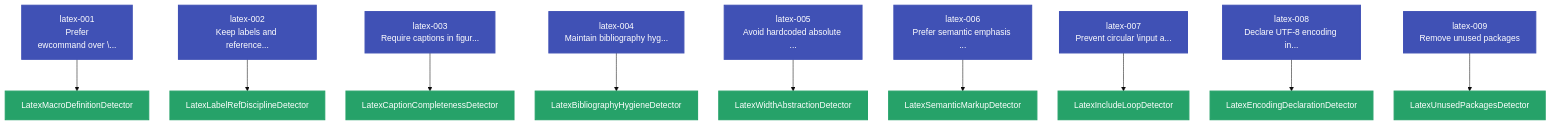
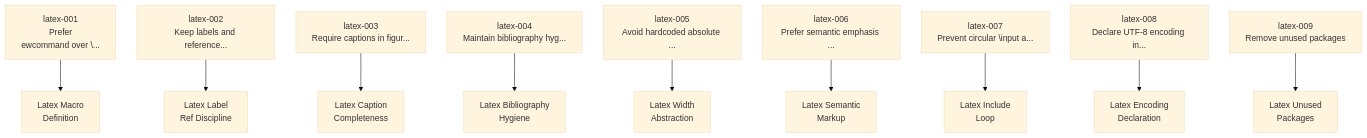
Before and after one commit to Anselmoo/mcp-zen-of-languages: the first of 4 diagrams in docs/user-guide/languages/latex.md, drawn with Mermaid. The commit also changed other lines of this file and 18 other files, not shown here.

````diff
--- a/docs/user-guide/languages/latex.md
+++ b/docs/user-guide/languages/latex.md
@@ -170,51 +170,31 @@
     ```mermaid
-%%{init: {"theme": "base", "flowchart": {"useMaxWidth": false, "htmlLabels": true, "nodeSpacing": 40, "rankSpacing": 60}}}%%
+    %%{init: {"theme": "base", "flowchart": {"useMaxWidth": false, "htmlLabels": true, "nodeSpacing": 40, "rankSpacing": 60}}}%%
     graph TD
     latex_001["latex-001<br/>Prefer \newcommand over \..."]
     latex_002["latex-002<br/>Keep labels and reference..."]
     latex_003["latex-003<br/>Require captions in figur..."]
     latex_004["latex-004<br/>Maintain bibliography hyg..."]
     latex_005["latex-005<br/>Avoid hardcoded absolute ..."]
     latex_006["latex-006<br/>Prefer semantic emphasis ..."]
     latex_007["latex-007<br/>Prevent circular \input a..."]
     latex_008["latex-008<br/>Declare UTF-8 encoding in..."]
     latex_009["latex-009<br/>Remove unused packages"]
-    det_LatexBibliographyHygieneDetector["LatexBibliographyHygieneDetector"]
+    det_LatexBibliographyHygieneDetector["Latex Bibliography<br/>Hygiene"]
     latex_004 --> det_LatexBibliographyHygieneDetector
-    det_LatexCaptionCompletenessDetector["LatexCaptionCompletenessDetector"]
+    det_LatexCaptionCompletenessDetector["Latex Caption<br/>Completeness"]
     latex_003 --> det_LatexCaptionCompletenessDetector
-    det_LatexEncodingDeclarationDetector["LatexEncodingDeclarationDetector"]
+    det_LatexEncodingDeclarationDetector["Latex Encoding<br/>Declaration"]
     latex_008 --> det_LatexEncodingDeclarationDetector
-    det_LatexIncludeLoopDetector["LatexIncludeLoopDetector"]
+    det_LatexIncludeLoopDetector["Latex Include<br/>Loop"]
     latex_007 --> det_LatexIncludeLoopDetector
-    det_LatexLabelRefDisciplineDetector["LatexLabelRefDisciplineDetector"]
+    det_LatexLabelRefDisciplineDetector["Latex Label<br/>Ref Discipline"]
     latex_002 --> det_LatexLabelRefDisciplineDetector
-    det_LatexMacroDefinitionDetector["LatexMacroDefinitionDetector"]
+    det_LatexMacroDefinitionDetector["Latex Macro<br/>Definition"]
     latex_001 --> det_LatexMacroDefinitionDetector
-    det_LatexSemanticMarkupDetector["LatexSemanticMarkupDetector"]
+    det_LatexSemanticMarkupDetector["Latex Semantic<br/>Markup"]
     latex_006 --> det_LatexSemanticMarkupDetector
-    det_LatexUnusedPackagesDetector["LatexUnusedPackagesDetector"]
+    det_LatexUnusedPackagesDetector["Latex Unused<br/>Packages"]
     latex_009 --> det_LatexUnusedPackagesDetector
-    det_LatexWidthAbstractionDetector["LatexWidthAbstractionDetector"]
+    det_LatexWidthAbstractionDetector["Latex Width<br/>Abstraction"]
     latex_005 --> det_LatexWidthAbstractionDetector
-    classDef principle fill:#4051b5,color:#ffffff,stroke:#4051b5,stroke-width:2px
-    classDef detector fill:#26a269,color:#ffffff,stroke:#26a269,stroke-width:2px
-    class latex_001 principle
-    class latex_002 principle
-    class latex_003 principle
-    class latex_004 principle
-    class latex_005 principle
-    class latex_006 principle
-    class latex_007 principle
-    class latex_008 principle
-    class latex_009 principle
-    class det_LatexBibliographyHygieneDetector detector
-    class det_LatexCaptionCompletenessDetector detector
-    class det_LatexEncodingDeclarationDetector detector
-    class det_LatexIncludeLoopDetector detector
-    class det_LatexLabelRefDisciplineDetector detector
-    class det_LatexMacroDefinitionDetector detector
-    class det_LatexSemanticMarkupDetector detector
-    class det_LatexUnusedPackagesDetector detector
-    class det_LatexWidthAbstractionDetector detector
     ```
````
